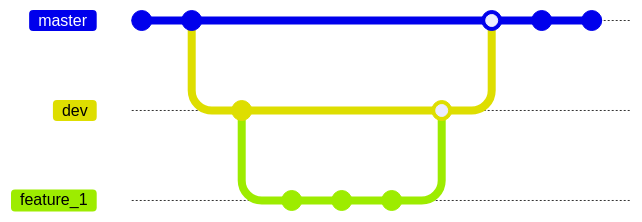
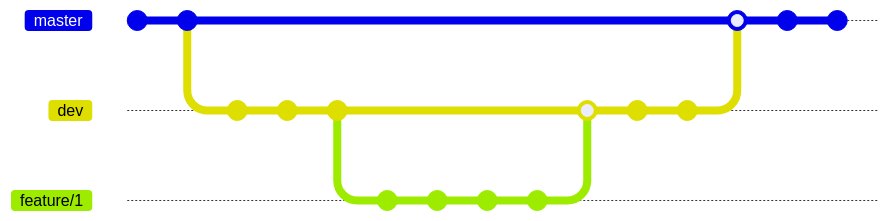
The diagram in README.md (PellelNitram/xournalpp_htr), drawn with Mermaid before and after one commit. The commit also changed other lines of this file, not shown here. Commit ids are hidden.

Commit message:
Update README.
Add information on `pre-commit` hooks but also some other information that needed to be added.

````diff
--- a/README.md
+++ b/README.md
@@ -118,20 +129,25 @@
 ```mermaid
 %%{init:{  "gitGraph":{ "mainBranchName":"master" }}}%%
 gitGraph
     commit
     commit
     branch dev
     commit
     checkout dev
-    branch feature_1
-    checkout feature_1
+    commit
+    commit
+    branch feature/1
+    commit
+    checkout feature/1
     commit
     commit
     commit
     checkout dev
-    merge feature_1
+    merge feature/1
+    commit
+    commit
     checkout master
     merge dev
     commit
     commit
 ```
````
